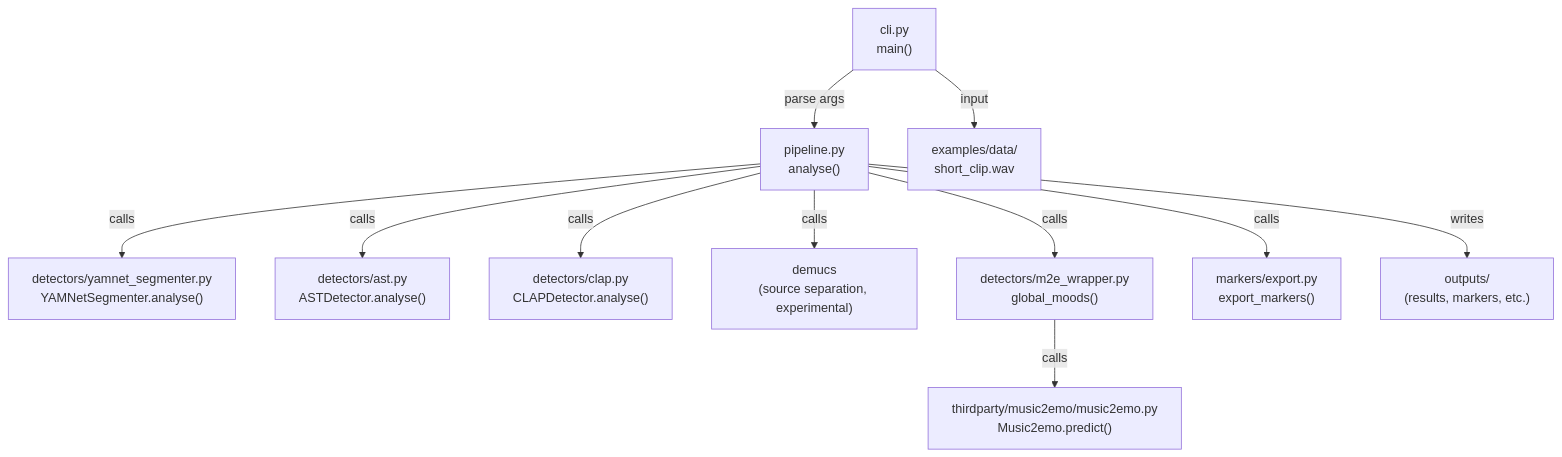
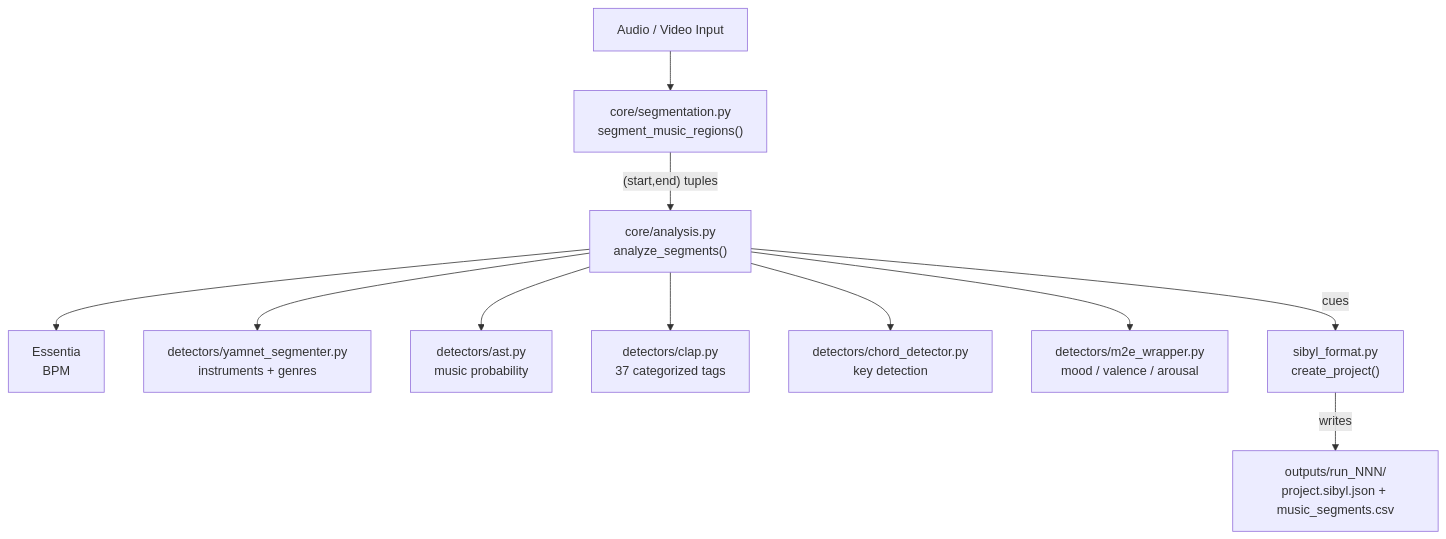
One commit to Motive-Music-AB/sibyllai-core changed the diagram in README.md. Above: the diagram before and after it, drawn with Mermaid. The commit also changed other lines of this file and 1 other file, not shown here.

````diff
--- a/README.md
+++ b/README.md
@@ -131,13 +93,13 @@
 ```mermaid
 flowchart TD
-    CLI["cli.py<br/>main()"] -->|parse args| Pipeline["pipeline.py<br/>analyse()"]
-    Pipeline -->|calls| YAMNet["detectors/yamnet_segmenter.py<br/>YAMNetSegmenter.analyse()"]
-    Pipeline -->|calls| AST["detectors/ast.py<br/>ASTDetector.analyse()"]
-    Pipeline -->|calls| CLAP["detectors/clap.py<br/>CLAPDetector.analyse()"]
-    Pipeline -->|calls| Demucs["demucs<br/>(source separation, experimental)"]
-    Pipeline -->|calls| M2E["detectors/m2e_wrapper.py<br/>global_moods()"]
-    M2E -->|calls| Music2Emo["thirdparty/music2emo/music2emo.py<br/>Music2emo.predict()"]
-    Pipeline -->|calls| Markers["markers/export.py<br/>export_markers()"]
-    Pipeline -->|writes| Output["outputs/<br/>(results, markers, etc.)"]
-    CLI -->|input| Examples["examples/data/<br/>short_clip.wav"]
+    Input["Audio / Video Input"] --> Seg["core/segmentation.py<br/>segment_music_regions()"]
+    Seg -->|"(start,end) tuples"| Analysis["core/analysis.py<br/>analyze_segments()"]
+    Analysis --> BPM["Essentia<br/>BPM"]
+    Analysis --> YAMNet["detectors/yamnet_segmenter.py<br/>instruments + genres"]
+    Analysis --> AST["detectors/ast.py<br/>music probability"]
+    Analysis --> CLAP["detectors/clap.py<br/>37 categorized tags"]
+    Analysis --> Chord["detectors/chord_detector.py<br/>key detection"]
+    Analysis --> M2E["detectors/m2e_wrapper.py<br/>mood / valence / arousal"]
+    Analysis -->|cues| SibylFormat["sibyl_format.py<br/>create_project()"]
+    SibylFormat -->|writes| Output["outputs/run_NNN/<br/>project.sibyl.json + music_segments.csv"]
 ```
````
